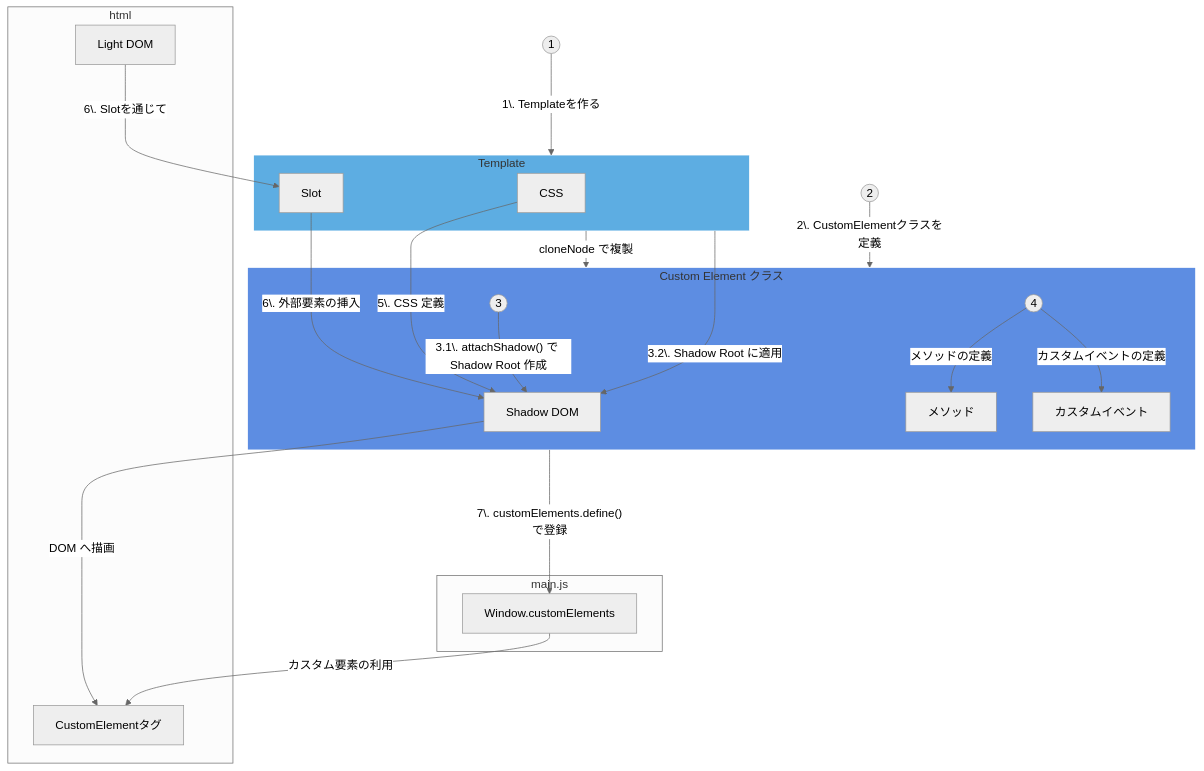
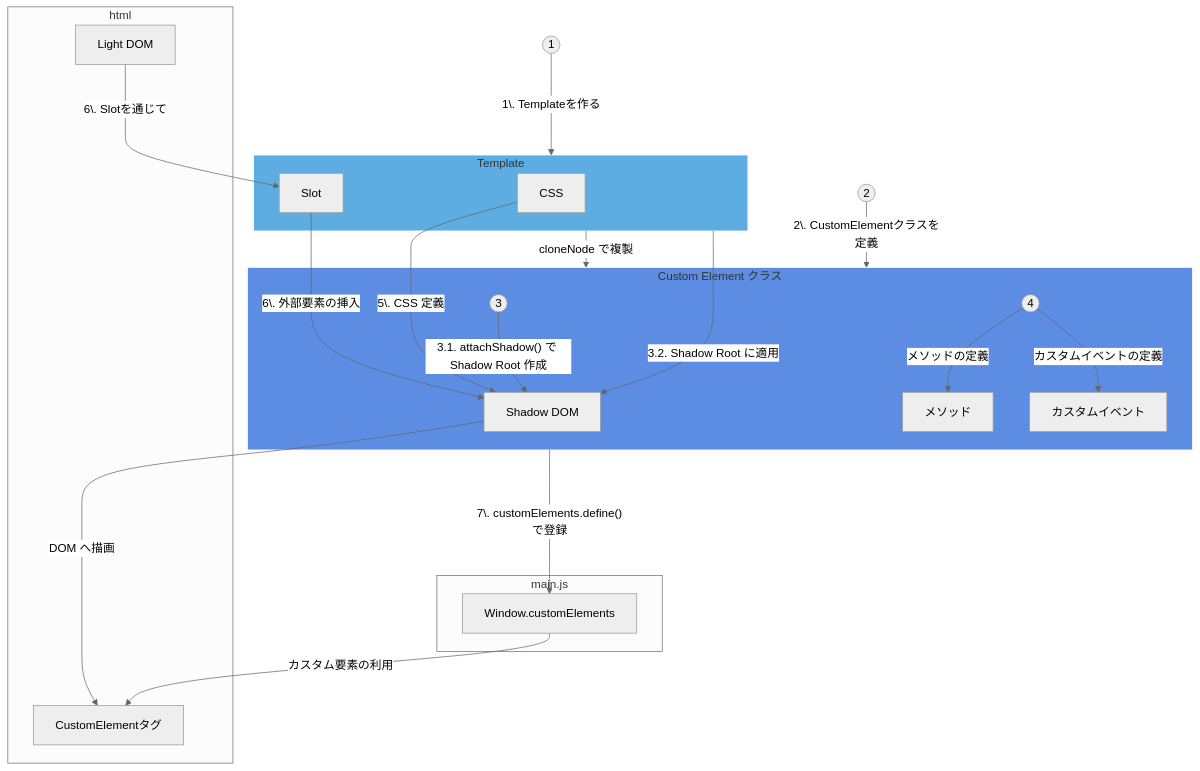
Before and after one commit to shuji-bonji/WebComponents-with-TypeScript: the diagram in docs/typescript/webcomponent-implementation-flow.md, drawn with Mermaid (neutral theme). The commit also changed 1 other file, not shown here.

Commit message:
`lifecycle-and-events.md`の修正

````diff
--- a/docs/typescript/webcomponent-implementation-flow.md
+++ b/docs/typescript/webcomponent-implementation-flow.md
@@ -139,43 +139,43 @@
 ```mermaid
 flowchart TB
     A@{ shape: circle, label: "1" }
     A ---> |"1\. Templateを作る"|Template
 
     subgraph Template["Template"]
         style Template fill:#5DADE2,stroke:#FFFFFF,stroke-width:1px
         SL[Slot]
         CS[CSS]
     end
     Template --->|cloneNode で複製| CustomElement
-    Template --->|3.2\. Shadow Root に適用| SH
+    Template --->|3.2. Shadow Root に適用| SH
     SL --->|6\. 外部要素の挿入| SH
     CS --->|5\. CSS 定義| SH
 
     B@{ shape: circle, label: "2" }
     B ---> |"2\. CustomElementクラスを定義"|CustomElement
 
     subgraph CustomElement["Custom Element クラス"]
         style CustomElement fill:#5D8DE2,stroke:#FFFFFF,stroke-width:1px
         SH[Shadow DOM]
         M[メソッド]
         I[カスタムイベント]
         C@{ shape: circle, label: "3" }
         E@{ shape: circle, label: "4" }
-        C -->|"3.1\. attachShadow() で Shadow Root 作成"| SH
+        C -->|"3.1. attachShadow() で Shadow Root 作成"| SH
         E -->|メソッドの定義| M
         E -->|カスタムイベントの定義| I
     end
     SH ---> |DOM へ描画| CET
     CustomElement ---> |"7\. customElements.define()で登録"| WC
 
     subgraph html["html"]
         L[Light DOM]
         CET["CustomElementタグ"]
     end
     L ---> |6\. Slotを通じて| SL    
 
     subgraph mainjs["main.js"]
         WC[Window.customElements]
     end
     WC --> |カスタム要素の利用| CET
 ```
````
